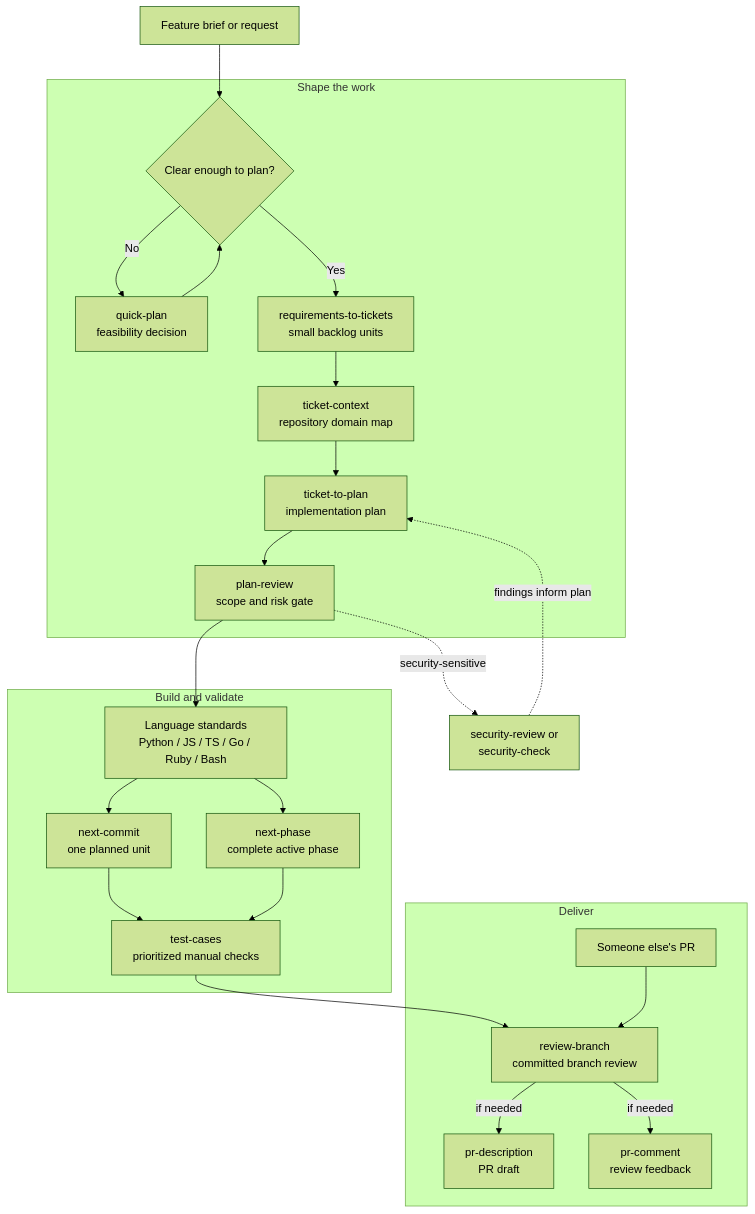
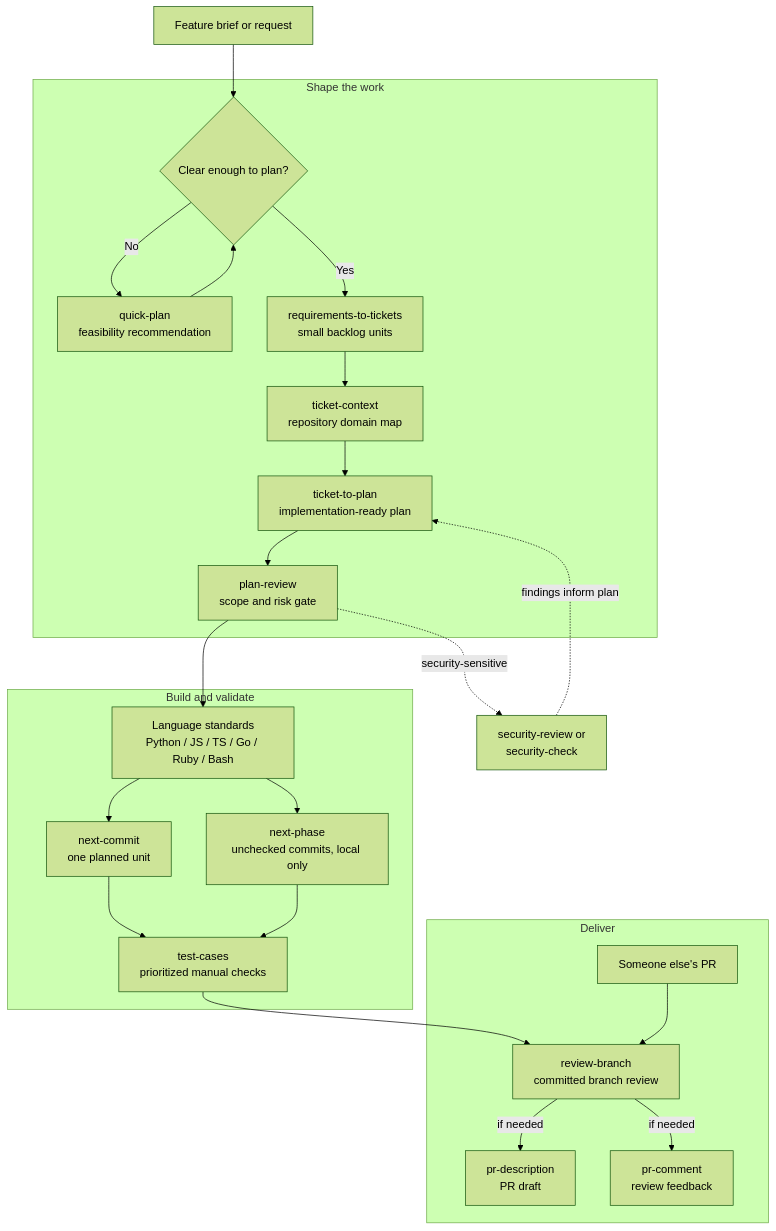
One commit to EimantasZilis/agent-toolkit changed the diagram in README.md. Above: the diagram before and after it, drawn with Mermaid (forest theme). The commit also changed other lines of this file, not shown here.

````diff
--- a/README.md
+++ b/README.md
@@ -48,41 +48,41 @@
 ```mermaid
 flowchart TD
     brief[Feature brief or request]
 
     subgraph scope[Shape the work]
         direction{Clear enough to plan?}
-        quick[quick-plan\nfeasibility decision]
+        quick[quick-plan\nfeasibility recommendation]
         tickets[requirements-to-tickets\nsmall backlog units]
         context[ticket-context\nrepository domain map]
-        plan[ticket-to-plan\nimplementation plan]
+        plan[ticket-to-plan\nimplementation-ready plan]
         review[plan-review\nscope and risk gate]
     end
 
     subgraph build[Build and validate]
         standards[Language standards\nPython / JS / TS / Go / Ruby / Bash]
         unit[next-commit\none planned unit]
-        phase[next-phase\ncomplete active phase]
+        phase[next-phase\nunchecked commits, local only]
         tests[test-cases\nprioritized manual checks]
     end
 
     subgraph deliver[Deliver]
         incoming[Someone else's PR]
         reviewbranch[review-branch\ncommitted branch review]
         prdescription[pr-description\nPR draft]
         prcomment[pr-comment\nreview feedback]
     end
 
     brief --> direction
     direction -- No --> quick --> direction
     direction -- Yes --> tickets
     tickets --> context --> plan --> review
     review --> standards
     standards --> unit --> tests
     standards --> phase --> tests
     tests --> reviewbranch
     reviewbranch -- if needed --> prdescription
     incoming --> reviewbranch
     reviewbranch -- if needed --> prcomment
     review -. security-sensitive .-> security[security-review or\nsecurity-check]
     security -. findings inform plan .-> plan
 ```
````
